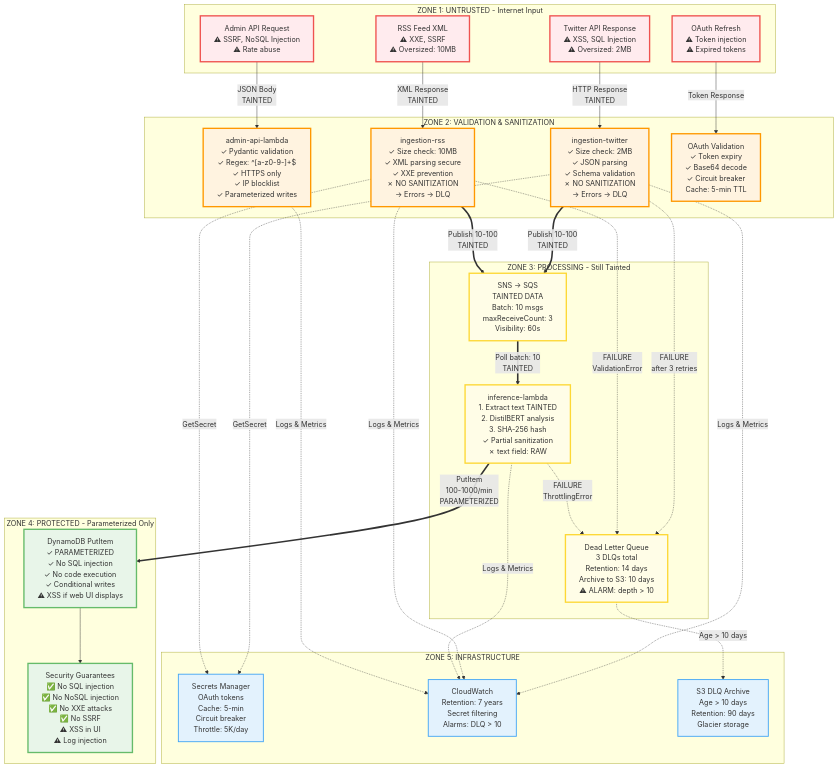
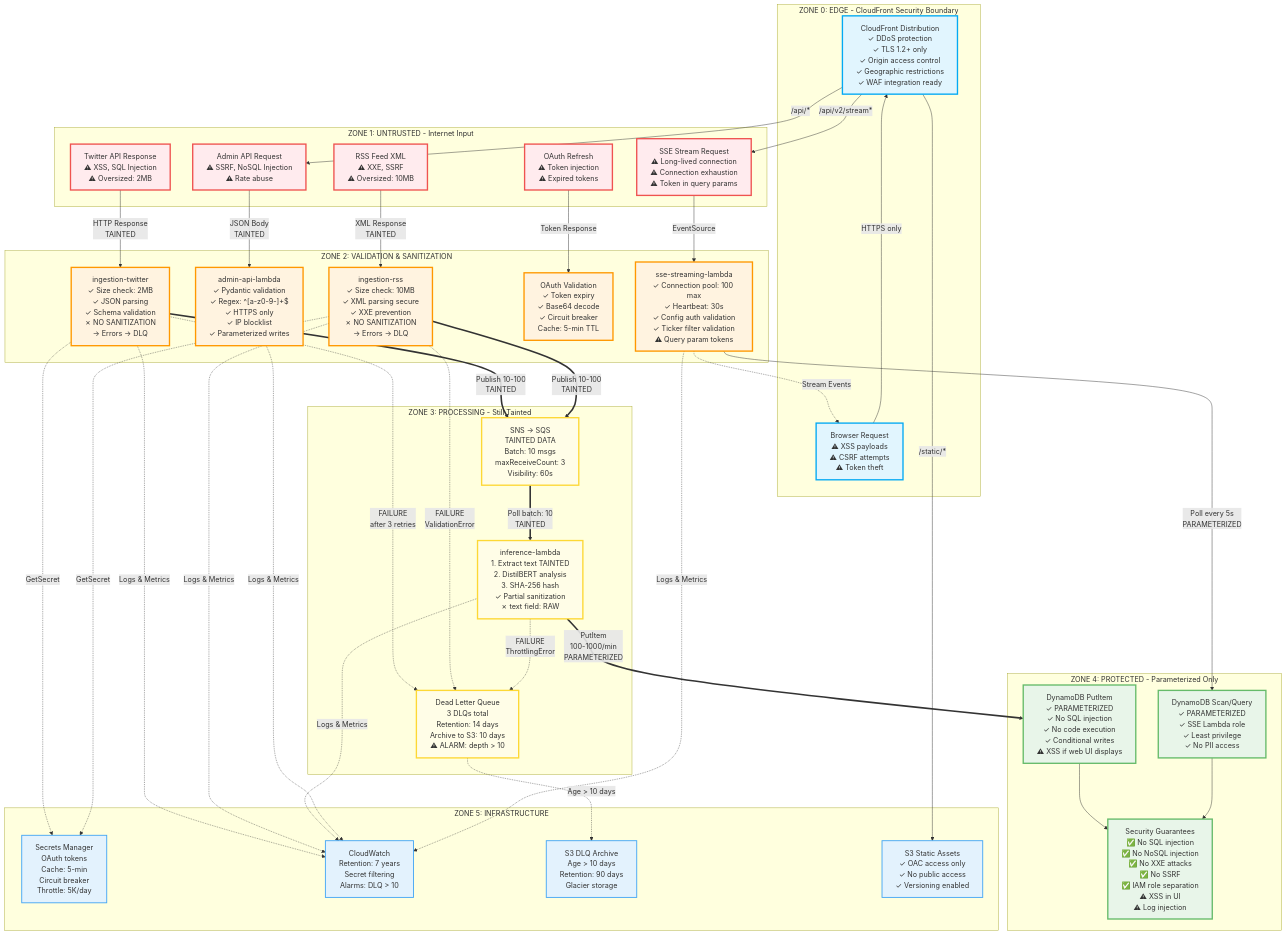
Before and after one commit to traylorre/sentiment-analyzer-gsk: the diagram in docs/diagrams/security-flow.mmd, drawn with Mermaid. The commit also changed 10 other files, not shown here.

```diff
--- a/docs/diagrams/security-flow.mmd
+++ b/docs/diagrams/security-flow.mmd
@@ -1,74 +1,98 @@
 graph TB
+    subgraph Zone0[" ZONE 0: EDGE - CloudFront Security Boundary "]
+        CFront[CloudFront Distribution<br/>✓ DDoS protection<br/>✓ TLS 1.2+ only<br/>✓ Origin access control<br/>✓ Geographic restrictions<br/>✓ WAF integration ready]
+        BrowserReq[Browser Request<br/>⚠ XSS payloads<br/>⚠ CSRF attempts<br/>⚠ Token theft]
+    end
+
     subgraph Zone1[" ZONE 1: UNTRUSTED - Internet Input "]
         TwitterAPI[Twitter API Response<br/>⚠ XSS, SQL Injection<br/>⚠ Oversized: 2MB]
         RSSXML[RSS Feed XML<br/>⚠ XXE, SSRF<br/>⚠ Oversized: 10MB]
         AdminReq[Admin API Request<br/>⚠ SSRF, NoSQL Injection<br/>⚠ Rate abuse]
         OAuthResp[OAuth Refresh<br/>⚠ Token injection<br/>⚠ Expired tokens]
+        SSEReq[SSE Stream Request<br/>⚠ Long-lived connection<br/>⚠ Connection exhaustion<br/>⚠ Token in query params]
     end
 
     subgraph Zone2[" ZONE 2: VALIDATION & SANITIZATION "]
         IngestT[ingestion-twitter<br/>✓ Size check: 2MB<br/>✓ JSON parsing<br/>✓ Schema validation<br/>✗ NO SANITIZATION<br/>→ Errors → DLQ]
         IngestR[ingestion-rss<br/>✓ Size check: 10MB<br/>✓ XML parsing secure<br/>✓ XXE prevention<br/>✗ NO SANITIZATION<br/>→ Errors → DLQ]
         AdminL["admin-api-lambda<br/>✓ Pydantic validation<br/>✓ Regex: ^[a-z0-9-]+$<br/>✓ HTTPS only<br/>✓ IP blocklist<br/>✓ Parameterized writes"]
         OAuthV[OAuth Validation<br/>✓ Token expiry<br/>✓ Base64 decode<br/>✓ Circuit breaker<br/>Cache: 5-min TTL]
+        SSEL["sse-streaming-lambda<br/>✓ Connection pool: 100 max<br/>✓ Heartbeat: 30s<br/>✓ Config auth validation<br/>✓ Ticker filter validation<br/>⚠ Query param tokens"]
     end
 
     subgraph Zone3[" ZONE 3: PROCESSING - Still Tainted "]
         Queue[SNS → SQS<br/>TAINTED DATA<br/>Batch: 10 msgs<br/>maxReceiveCount: 3<br/>Visibility: 60s]
         InferenceL[inference-lambda<br/>1. Extract text TAINTED<br/>2. DistilBERT analysis<br/>3. SHA-256 hash<br/>✓ Partial sanitization<br/>✗ text field: RAW]
         DLQ[Dead Letter Queue<br/>3 DLQs total<br/>Retention: 14 days<br/>Archive to S3: 10 days<br/>⚠ ALARM: depth > 10]
     end
 
     subgraph Zone4[" ZONE 4: PROTECTED - Parameterized Only "]
         DDBWrite[DynamoDB PutItem<br/>✓ PARAMETERIZED<br/>✓ No SQL injection<br/>✓ No code execution<br/>✓ Conditional writes<br/>⚠ XSS if web UI displays]
-        SecGuard[Security Guarantees<br/>✅ No SQL injection<br/>✅ No NoSQL injection<br/>✅ No XXE attacks<br/>✅ No SSRF<br/>⚠ XSS in UI<br/>⚠ Log injection]
+        DDBRead[DynamoDB Scan/Query<br/>✓ PARAMETERIZED<br/>✓ SSE Lambda role<br/>✓ Least privilege<br/>✓ No PII access]
+        SecGuard[Security Guarantees<br/>✅ No SQL injection<br/>✅ No NoSQL injection<br/>✅ No XXE attacks<br/>✅ No SSRF<br/>✅ IAM role separation<br/>⚠ XSS in UI<br/>⚠ Log injection]
     end
 
     subgraph Zone5[" ZONE 5: INFRASTRUCTURE "]
         SecretsM[Secrets Manager<br/>OAuth tokens<br/>Cache: 5-min<br/>Circuit breaker<br/>Throttle: 5K/day]
         CW[CloudWatch<br/>Retention: 7 years<br/>Secret filtering<br/>Alarms: DLQ > 10]
         S3Arch[S3 DLQ Archive<br/>Age > 10 days<br/>Retention: 90 days<br/>Glacier storage]
+        S3Static[S3 Static Assets<br/>✓ OAC access only<br/>✓ No public access<br/>✓ Versioning enabled]
     end
+
+    %% CloudFront Edge Flow
+    BrowserReq -->|HTTPS only| CFront
+    CFront -->|/api/v2/stream*| SSEReq
+    CFront -->|/api/*| AdminReq
+    CFront -->|/static/*| S3Static
 
     %% Data Flow
     TwitterAPI -->|HTTP Response<br/>TAINTED| IngestT
     RSSXML -->|XML Response<br/>TAINTED| IngestR
     AdminReq -->|JSON Body<br/>TAINTED| AdminL
     OAuthResp -->|Token Response| OAuthV
+    SSEReq -->|EventSource| SSEL
 
     IngestT -.->|GetSecret| SecretsM
     IngestR -.->|GetSecret| SecretsM
 
     IngestT ==>|Publish 10-100<br/>TAINTED| Queue
     IngestR ==>|Publish 10-100<br/>TAINTED| Queue
 
     Queue ==>|Poll batch: 10<br/>TAINTED| InferenceL
 
     %% Error Paths
     IngestT -.->|FAILURE<br/>after 3 retries| DLQ
     IngestR -.->|FAILURE<br/>ValidationError| DLQ
     InferenceL -.->|FAILURE<br/>ThrottlingError| DLQ
     DLQ -.->|Age > 10 days| S3Arch
 
     %% Success Path
     InferenceL ==>|PutItem<br/>100-1000/min<br/>PARAMETERIZED| DDBWrite
     DDBWrite --> SecGuard
 
+    %% SSE Stream Path
+    SSEL -->|Poll every 5s<br/>PARAMETERIZED| DDBRead
+    DDBRead --> SecGuard
+    SSEL -.->|Stream Events| BrowserReq
+
     %% Monitoring
     IngestT -.->|Logs & Metrics| CW
     IngestR -.->|Logs & Metrics| CW
     InferenceL -.->|Logs & Metrics| CW
     AdminL -.->|Logs & Metrics| CW
+    SSEL -.->|Logs & Metrics| CW
 
     %% Styling
+    classDef edge fill:#E1F5FE,stroke:#03A9F4,stroke-width:3px
     classDef untrusted fill:#FFEBEE,stroke:#EF5350,stroke-width:3px
     classDef validation fill:#FFF3E0,stroke:#FF9800,stroke-width:3px
     classDef processing fill:#FFFDE7,stroke:#FDD835,stroke-width:3px
     classDef protected fill:#E8F5E9,stroke:#66BB6A,stroke-width:3px
     classDef infrastructure fill:#E3F2FD,stroke:#42A5F5,stroke-width:2px
 
-    class TwitterAPI,RSSXML,AdminReq,OAuthResp untrusted
-    class IngestT,IngestR,AdminL,OAuthV validation
+    class CFront,BrowserReq edge
+    class TwitterAPI,RSSXML,AdminReq,OAuthResp,SSEReq untrusted
+    class IngestT,IngestR,AdminL,OAuthV,SSEL validation
     class Queue,InferenceL,DLQ processing
-    class DDBWrite,SecGuard protected
-    class SecretsM,CW,S3Arch infrastructure
+    class DDBWrite,DDBRead,SecGuard protected
+    class SecretsM,CW,S3Arch,S3Static infrastructure
```
